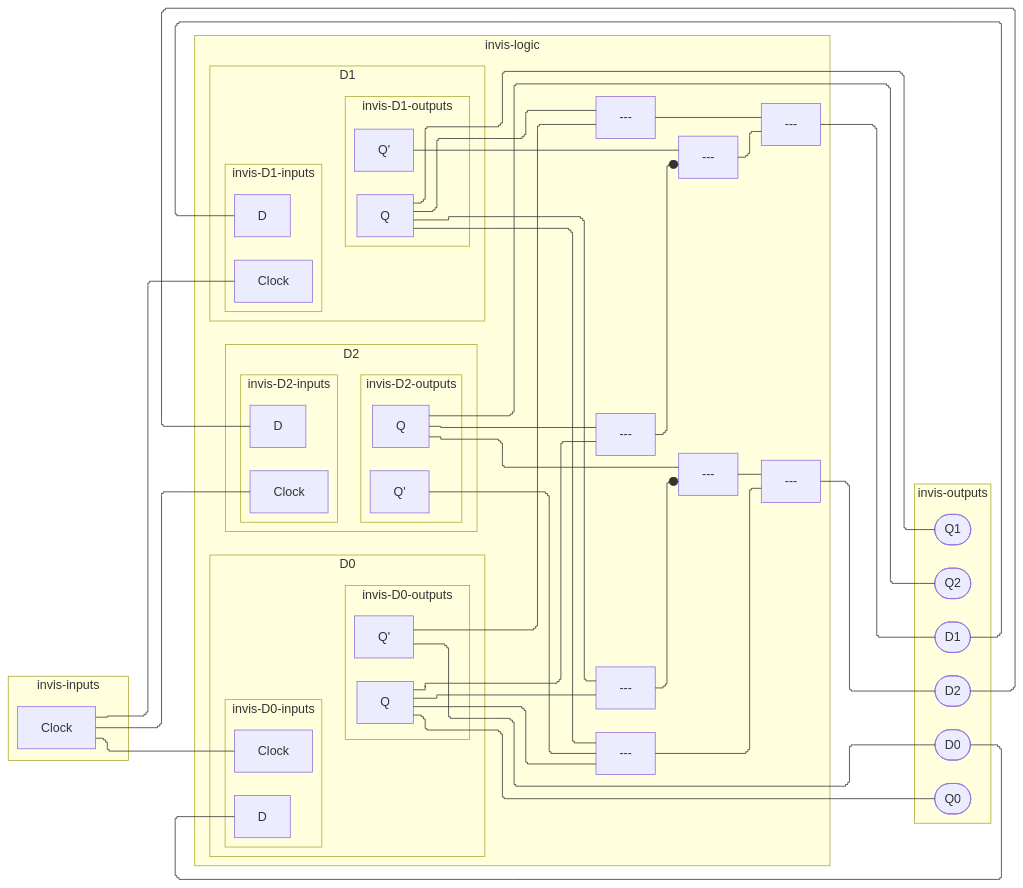
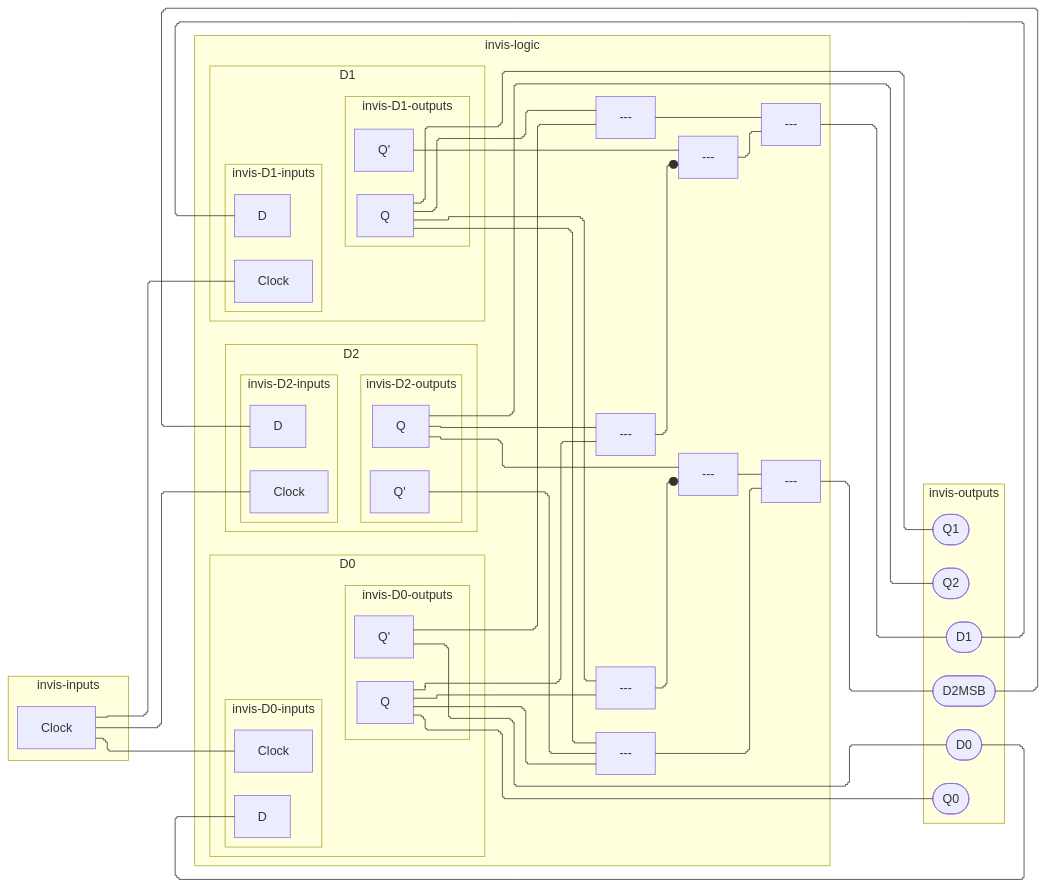
One commit to tnichols217/notes changed the fifth of 6 diagrams in CSDS 281 - Logic Design/HW/8/Tables.md. Above: the diagram before and after it, drawn with Mermaid. The commit also changed other lines of this file, not shown here.

````diff
--- a/CSDS 281 - Logic Design/HW/8/Tables.md
+++ b/CSDS 281 - Logic Design/HW/8/Tables.md
@@ -180,70 +180,67 @@
 ```mermaid
 %%{ init: { 'flowchart': { 'curve': 'stepBefore', "defaultRenderer": "elk" } } }%%
 flowchart LR
 subgraph invis-inputs
 	Clock
 end
 subgraph invis-logic
 	subgraph D0
 		subgraph invis-D0-inputs
 			D0i[D]
 			D0c[Clock]
 		end
 		Clock --- D0c
 		subgraph invis-D0-outputs
 			Q0[Q]
 			Q0P[Q']
 		end
 		invis-D0-inputs ~~~ invis-D0-outputs
 	end
 	subgraph D1
 		subgraph invis-D1-inputs
 			D1i[D]
 			D1c[Clock]
 		end
 		Clock --- D1c
 		subgraph invis-D1-outputs
 			Q1[Q]
 			Q1P[Q']
 		end
 		invis-D1-inputs ~~~ invis-D1-outputs
 	end
 	subgraph D2
 		subgraph invis-D2-inputs
 			D2i[D]
 			D2c[Clock]
 		end
 		Clock --- D2c
 		subgraph invis-D2-outputs
 			Q2[Q]
 			Q2P[Q']
 		end
 		invis-D2-inputs ~~~ invis-D2-outputs
 	end
 	Q2 & Q0 --- xor1[---]
 	Q1P --- and1[---]
 	xor1 ---o and1
 	Q1 & Q0P --- and2[---]
 	and1 & and2 --- or1[---]
 	Q2P & Q1 & Q0 --- and3[---]
 	Q1 & Q0 --- and4[---]
 	Q2 --- and5[---]
 	and4 ---o and5
 	and3 & and5 --- or2[---]
 end
 subgraph invis-outputs
-	D0ii
-	D1ii
-	D2ii
 	Q0P --- D0ii([D0])
 	D0ii --- D0i
 	or1 --- D1ii([D1])
 	D1ii --- D1i
-	or2 --- D2ii([D2])
+	or2 --- D2ii([D2MSB])
 	D2ii --- D2i
 	Q0 --- Q0o([Q0])
 	Q1 --- Q1o([Q1])
 	Q2 --- Q2o([Q2])
 end
 invis-inputs ~~~ invis-logic ~~~ invis-outputs
 ```
````
